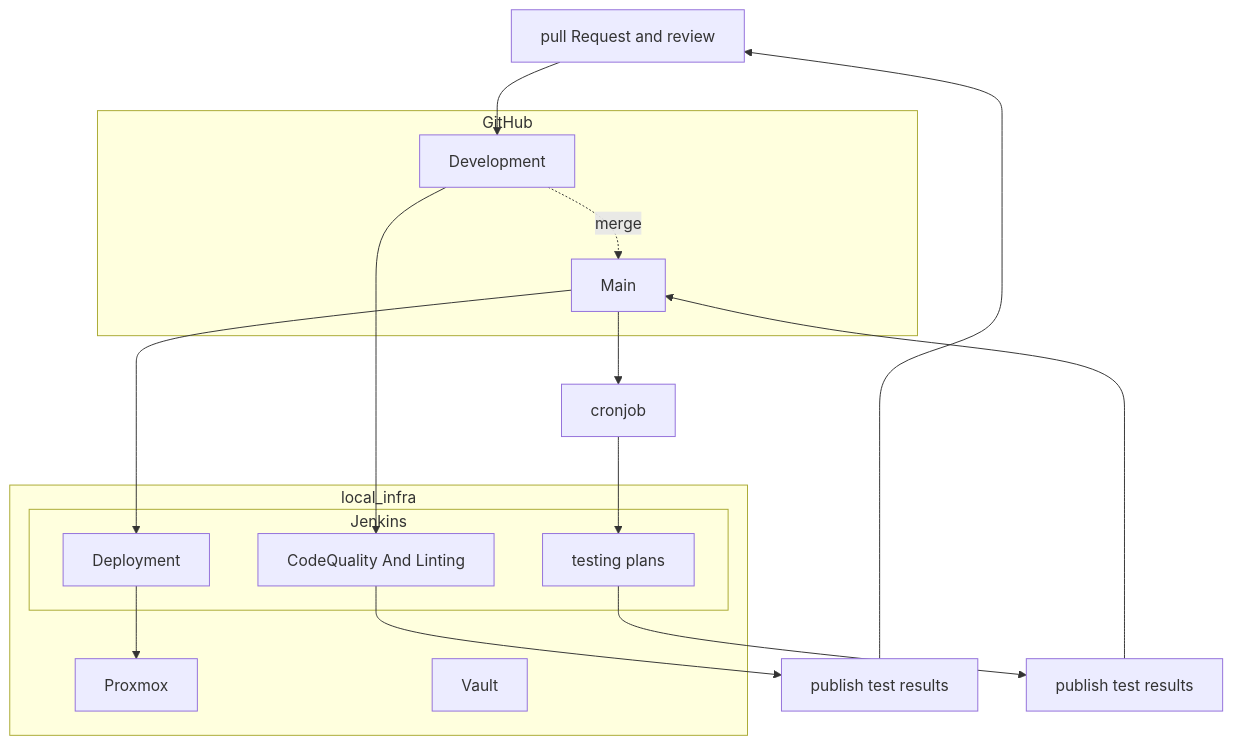
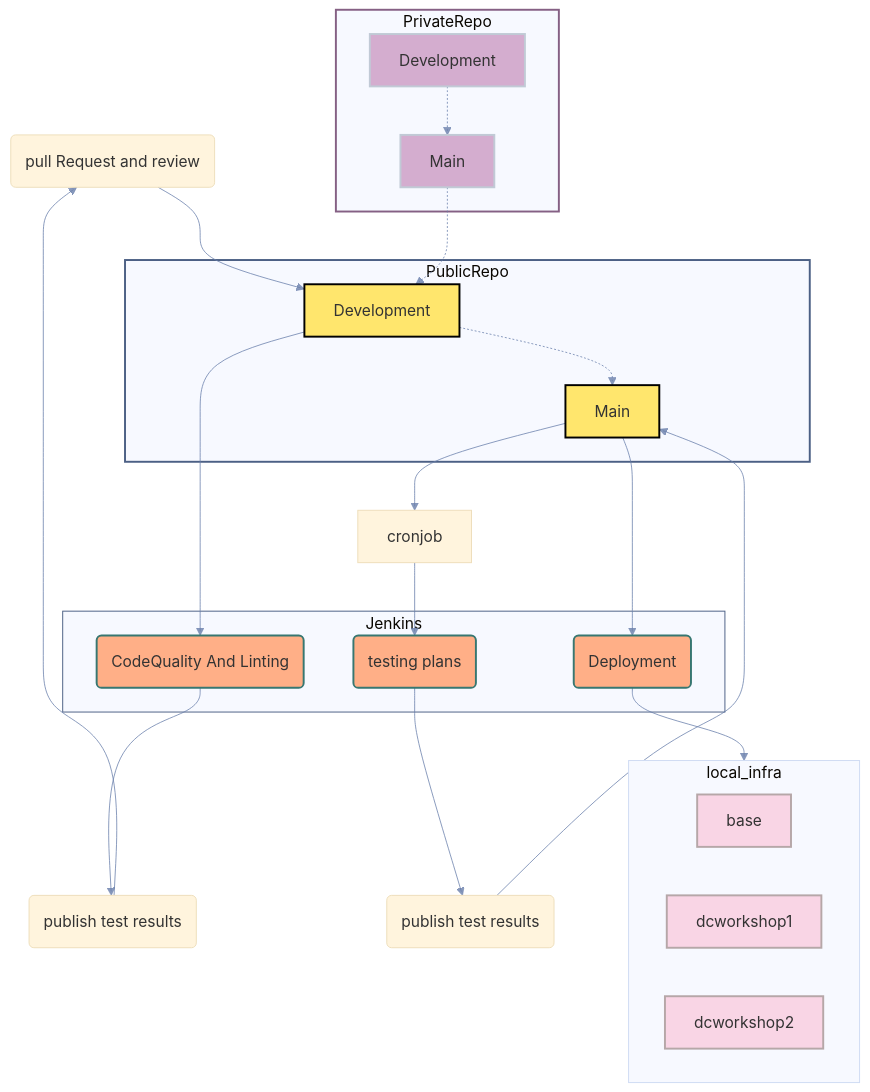
One commit to ji-podhead/DevOps changed the diagram in readme.md. Above: the diagram before and after it, drawn with Mermaid.

````diff
--- a/readme.md
+++ b/readme.md
@@ -64,36 +64,68 @@
 ```mermaid
 graph TD;
-    p1[pull Request and review]
-    pub1[publish test results]
-    pub2[publish test results]
+%%{init:{
+  'theme':'base',
+  'themeVariables': {
+    'lineColor':'#6A7FABCC',
+    'fontSize':'16px'
+  }
+}}%%
+    p1(pull Request and review)
+    pub1(publish test results)
+    pub2(publish test results)
     cronjob
 
     subgraph local_infra
-    Proxmox
-    Vault
-
-  subgraph Jenkins
-      c1[CodeQuality And Linting]
-        t1[testing plans]
-	d1[Deployment]
-    end
-end     
-
-    subgraph GitHub 
-        Main 
-        Development 
+	base
+	dcworkshop1
+	dcworkshop2
+        style base fill:#f9d5e5,stroke:#b6a7a8,stroke-width:2px
+        style dcworkshop1 fill:#f9d5e5,stroke:#b6a7a8,stroke-width:2px
+        style dcworkshop2 fill:#f9d5e5,stroke:#b6a7a8,stroke-width:2px
     end
 
-Development --> c1
-c1-->pub1
-pub1-->p1
-p1-->Development
+    subgraph Jenkins
+        c1(CodeQuality And Linting)
+        t1(testing plans)
+        d1(Deployment)
+        style c1 fill:#FFAF87,stroke:#377771,stroke-width:2px, primaryTextColor:#4C6085
+        style t1 fill:#FFAF87,stroke:#377771,stroke-width:2px, primaryTextColor':'#4C6085'
+        style d1 fill:#FFAF87,stroke:#377771,stroke-width:2px, primaryTextColor:#4C6085
+	style Jenkins fill:#,stroke:#4C6085,stroke-width:2px font: #6A7FABCC
+    end
 
-Main -->cronjob
-cronjob-->t1
-t1-->pub2
-pub2-->Main
-Development -."merge".->Main
-d1-->Proxmox
-Main-->d1
+
+    subgraph PublicRepo
+	Main
+	Development
+        style Main fill:#FFE66D,stroke:#000,stroke-width:2px
+        style Development fill:#FFE66D,stroke:#000,stroke-width:2px
+        style PublicRepo #FF6B6B,stroke:#4C6085,stroke-width:2px
+    end
+
+    subgraph PrivateRepo
+	Main2[Main]
+	Development2[Development]
+	style Main2 fill:#D4ADCF,stroke:#C1CAD6,stroke-width:2px
+        style Development2 fill:#D4ADCF,stroke:#C1CAD6,stroke-width:2px
+        style PrivateRepo C1CAD6:#856084,stroke:#856084,stroke-width:2px
+    end
+
+    Development --> c1
+    c1-->pub1
+    pub1-->p1
+    p1-->Development
+
+    Development2 -.-> Main2
+    Main2 -.-> Development
+
+    Main -->cronjob
+    cronjob-->t1
+    t1-->pub2
+    pub2-->Main
+    Development -.-> Main
+    d1-->local_infra
+    Main-->d1
+
+
 ```
````
